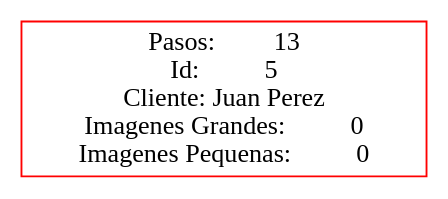
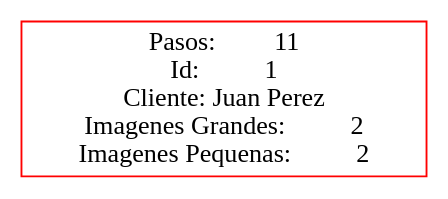
The diagram in Proyecto1/Proyecto1_202200089/Pruebas/PJ/especifico.dot (FranklinONP/EDD_PROYECTO_202200089), drawn with Graphviz before and after one commit. The commit also changed 18 other files, not shown here.

```diff
--- a/Proyecto1/Proyecto1_202200089/Pruebas/PJ/especifico.dot
+++ b/Proyecto1/Proyecto1_202200089/Pruebas/PJ/especifico.dot
@@ -1,4 +1,4 @@
  digraph G {
  rankdir=LR;
- node1 [label="Pasos:         13\nId:          5\nCliente: Juan Perez\nImagenes Grandes:          0\nImagenes Pequenas:          0", color="red", shape="rectangle"];
+ node1 [label="Pasos:         11\nId:          1\nCliente: Juan Perez\nImagenes Grandes:          2\nImagenes Pequenas:          2", color="red", shape="rectangle"];
  }
```
